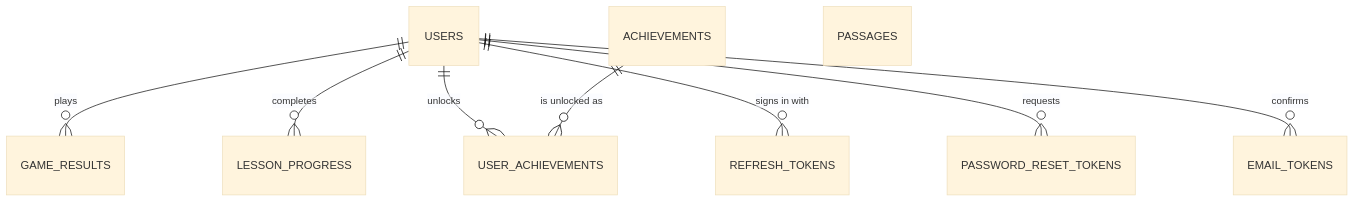
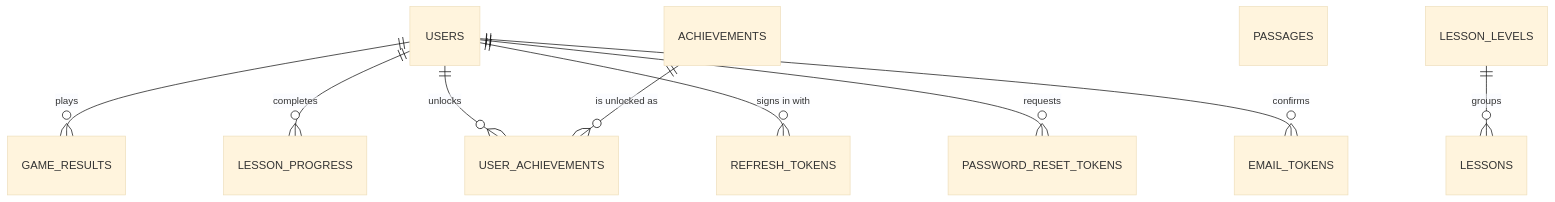
The second of 3 diagrams in README.md (Adam-104/typequest), drawn with Mermaid (base theme) before and after one commit. The commit also changed other lines of this file and 21 other files, not shown here.

````diff
--- a/README.md
+++ b/README.md
@@ -353,11 +357,12 @@
 ```mermaid
 erDiagram
     USERS ||--o{ GAME_RESULTS : plays
     USERS ||--o{ LESSON_PROGRESS : completes
     USERS ||--o{ USER_ACHIEVEMENTS : unlocks
     ACHIEVEMENTS ||--o{ USER_ACHIEVEMENTS : "is unlocked as"
     USERS ||--o{ REFRESH_TOKENS : "signs in with"
     USERS ||--o{ PASSWORD_RESET_TOKENS : requests
     USERS ||--o{ EMAIL_TOKENS : confirms
     PASSAGES
+    LESSON_LEVELS ||--o{ LESSONS : groups
 ```
````
